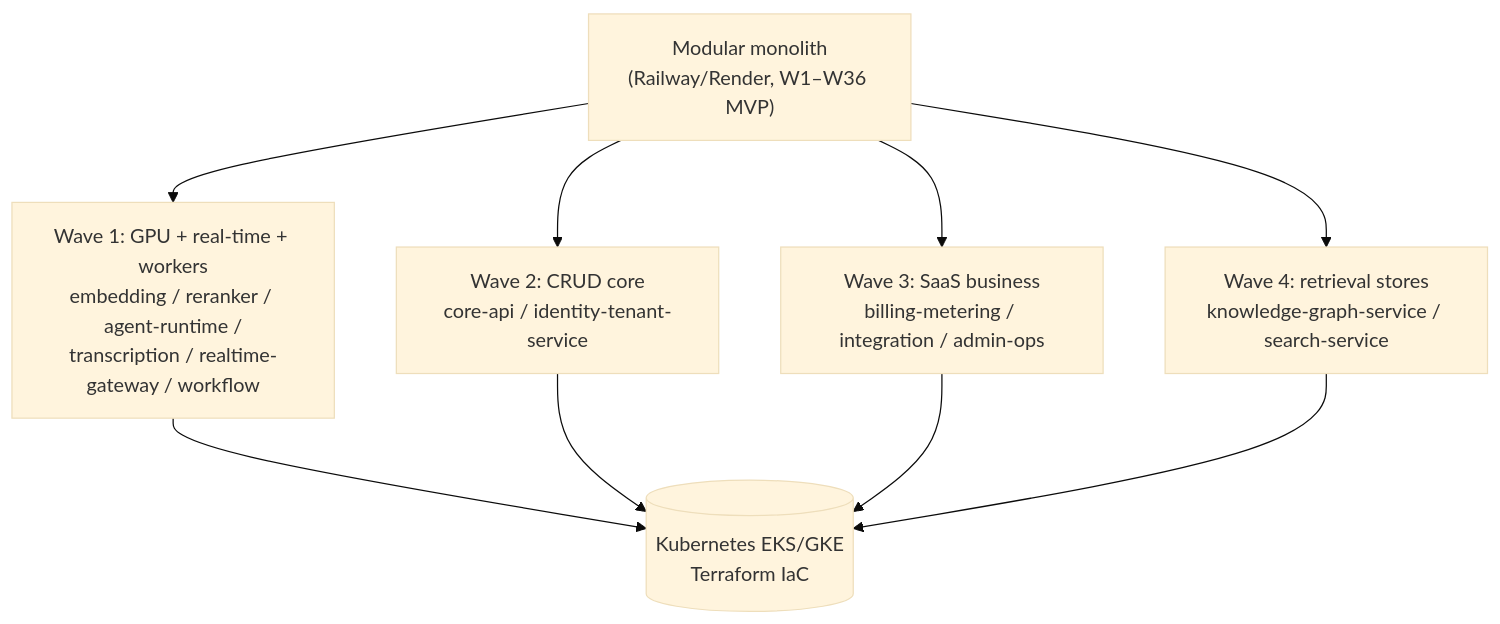
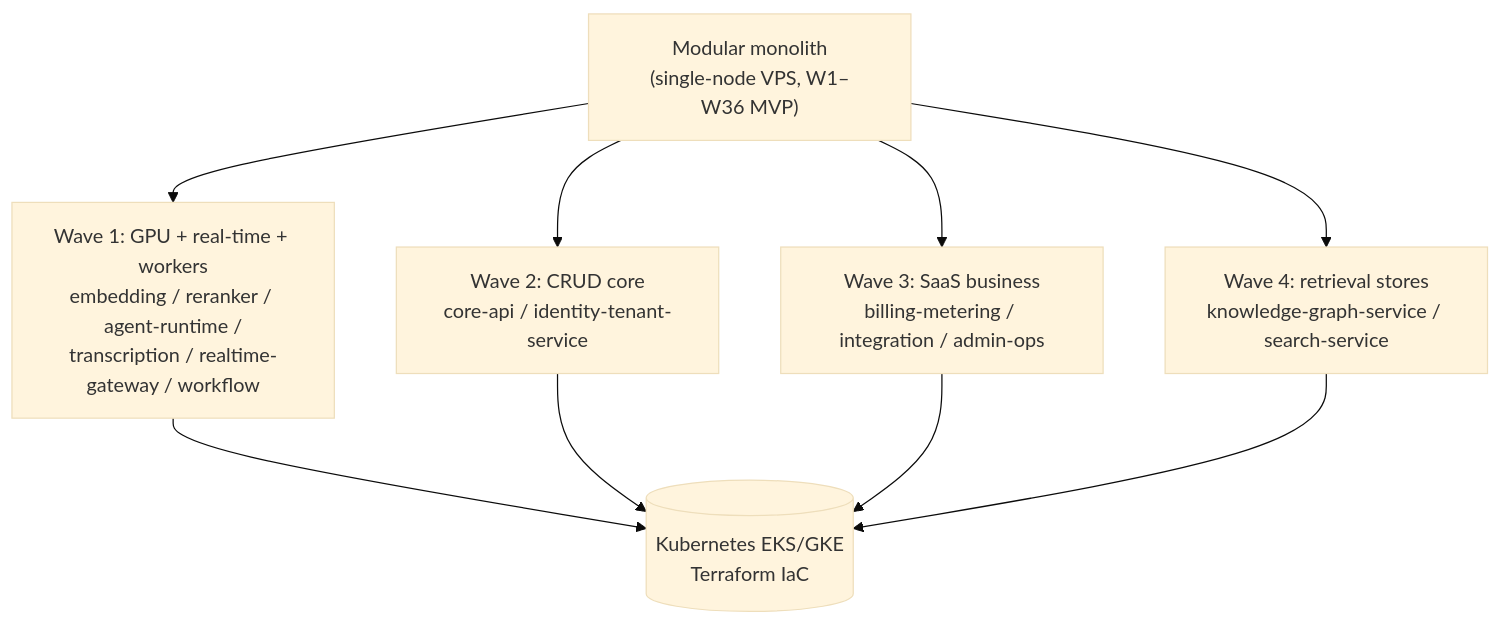
Before and after one commit to Mytheus-AI/mytheus-docs: the third of 6 diagrams in 22-roadmap-and-phasing.md, drawn with Mermaid (base theme). The commit also changed other lines of this file and 14 other files, not shown here.

First line of the commit message:
docs: sweep the struck Railway/Render substrate, and fix two fictional repo maps

````diff
--- a/22-roadmap-and-phasing.md
+++ b/22-roadmap-and-phasing.md
@@ -173,9 +173,9 @@
 ```mermaid
 flowchart TB
-  M["Modular monolith<br/>(Railway/Render, W1–W36 MVP)"]
+  M["Modular monolith<br/>(single-node VPS, W1–W36 MVP)"]
   M --> W1["Wave 1: GPU + real-time + workers<br/>embedding / reranker / agent-runtime /<br/>transcription / realtime-gateway / workflow"]
   M --> W2["Wave 2: CRUD core<br/>core-api / identity-tenant-service"]
   M --> W3["Wave 3: SaaS business<br/>billing-metering / integration / admin-ops"]
   M --> W4["Wave 4: retrieval stores<br/>knowledge-graph-service / search-service"]
   W1 & W2 & W3 & W4 --> K[("Kubernetes EKS/GKE<br/>Terraform IaC")]
 ```
````
